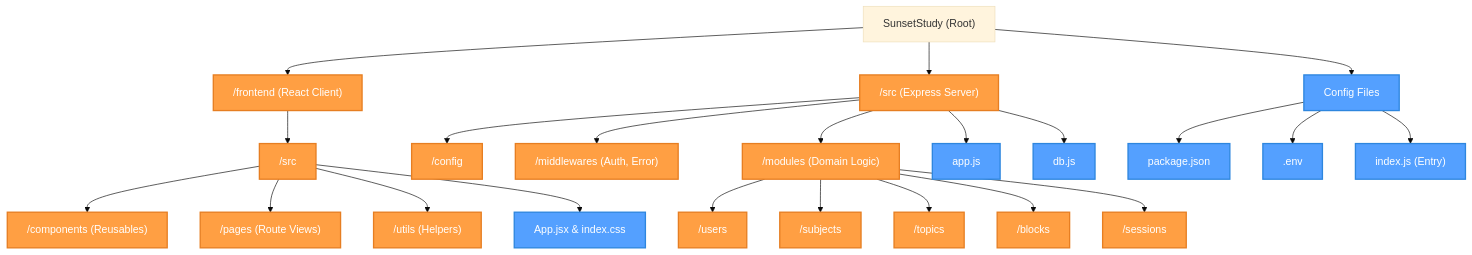
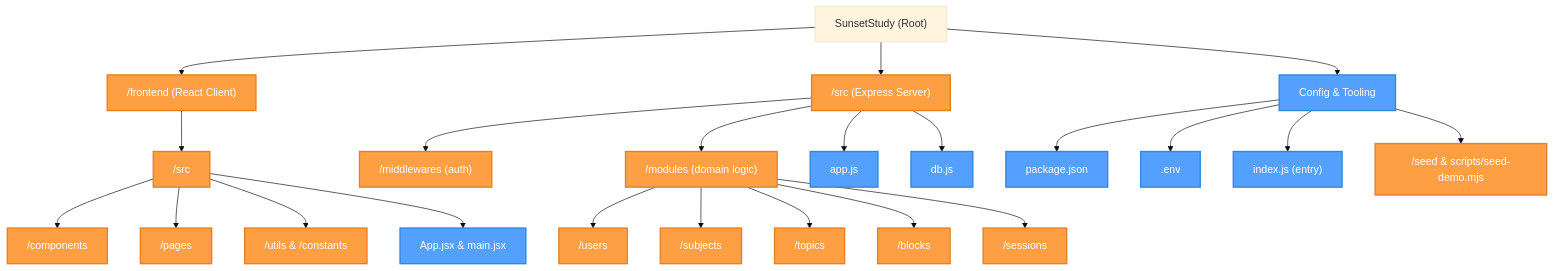
One commit to Naveen-nm27/SunsetStudy changed the first of 3 diagrams in README.md. Above: the diagram before and after it, drawn with Mermaid (base theme). The commit also changed other lines of this file, not shown here.

````diff
--- a/README.md
+++ b/README.md
@@ -52,37 +52,37 @@
 ```mermaid
 graph TD
     Root["SunsetStudy (Root)"] --> Frontend["/frontend (React Client)"]
     Root --> Backend["/src (Express Server)"]
-    Root --> RootFiles["Config Files"]
+    Root --> RootFiles["Config & Tooling"]
 
     %% Frontend Structure
     Frontend --> F_Src["/src"]
-    F_Src --> F_Components["/components (Reusables)"]
-    F_Src --> F_Pages["/pages (Route Views)"]
-    F_Src --> F_Utils["/utils (Helpers)"]
-    F_Src --> F_App["App.jsx & index.css"]
+    F_Src --> F_Components["/components"]
+    F_Src --> F_Pages["/pages"]
+    F_Src --> F_Utils["/utils & /constants"]
+    F_Src --> F_App["App.jsx & main.jsx"]
 
     %% Backend Structure
-    Backend --> B_Config["/config"]
-    Backend --> B_Middlewares["/middlewares (Auth, Error)"]
-    Backend --> B_Modules["/modules (Domain Logic)"]
-    
+    Backend --> B_Middlewares["/middlewares (auth)"]
+    Backend --> B_Modules["/modules (domain logic)"]
+
     B_Modules --> Mod_Users["/users"]
     B_Modules --> Mod_Subjects["/subjects"]
     B_Modules --> Mod_Topics["/topics"]
     B_Modules --> Mod_Blocks["/blocks"]
     B_Modules --> Mod_Sessions["/sessions"]
-    
+
     Backend --> B_App["app.js"]
     Backend --> B_DB["db.js"]
 
     RootFiles --> Pkg["package.json"]
     RootFiles --> Env[".env"]
-    RootFiles --> Index["index.js (Entry)"]
+    RootFiles --> Index["index.js (entry)"]
+    RootFiles --> Seed["/seed & scripts/seed-demo.mjs"]
 
     classDef folder fill:#ff9f43,stroke:#e67e22,stroke-width:2px,color:#fff;
     classDef file fill:#54a0ff,stroke:#2e86de,stroke-width:2px,color:#fff;
-    
-    class Frontend,Backend,F_Src,F_Components,F_Pages,F_Utils,B_Config,B_Middlewares,B_Modules,Mod_Users,Mod_Subjects,Mod_Topics,Mod_Blocks,Mod_Sessions folder;
+
+    class Frontend,Backend,F_Src,F_Components,F_Pages,F_Utils,B_Middlewares,B_Modules,Mod_Users,Mod_Subjects,Mod_Topics,Mod_Blocks,Mod_Sessions,Seed folder;
     class RootFiles,F_App,B_App,B_DB,Pkg,Env,Index file;
 ```
````
